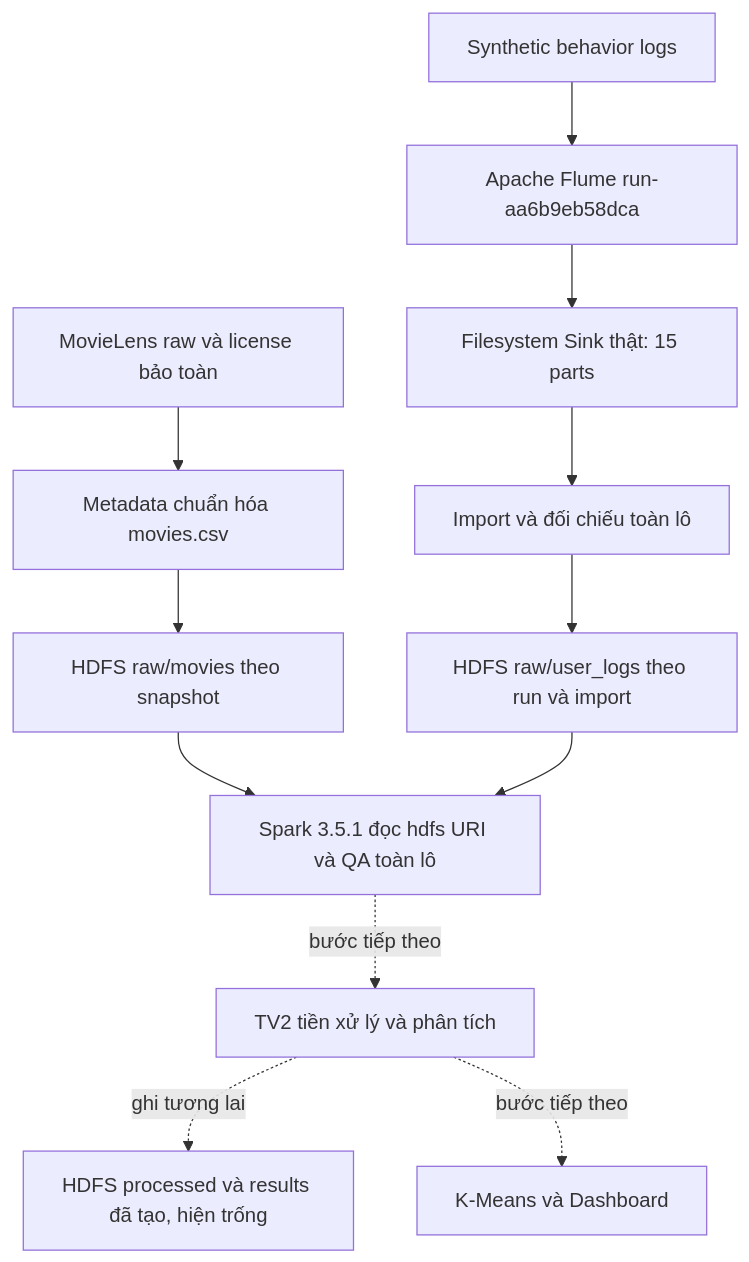
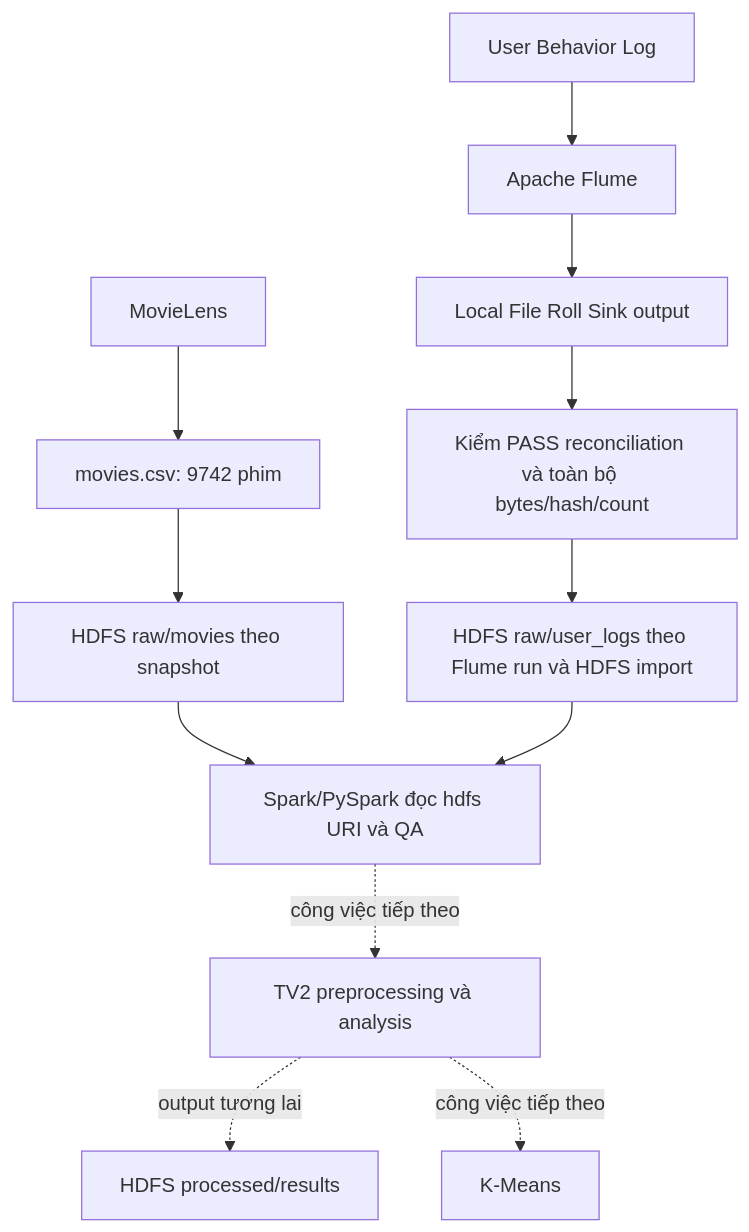
One commit to trungduc610/PhanTichDuLieuPhim-LogHanhViNguoiDung changed the diagram in docs/week2_system_architecture.md. Above: the diagram before and after it, drawn with Mermaid. The commit also changed other lines of this file and 380 other files, not shown here.

````diff
--- a/docs/week2_system_architecture.md
+++ b/docs/week2_system_architecture.md
@@ -5,14 +7,14 @@
 ```mermaid
 flowchart TD
-    M[MovieLens raw và license bảo toàn] --> N[Metadata chuẩn hóa movies.csv]
+    M[MovieLens] --> N[movies.csv: 9742 phim]
     N --> HM[HDFS raw/movies theo snapshot]
-    G[Synthetic behavior logs] --> F[Apache Flume run-aa6b9eb58dca]
-    F --> S[Filesystem Sink thật: 15 parts]
-    S --> U[Import và đối chiếu toàn lô]
-    U --> HL[HDFS raw/user_logs theo run và import]
-    HM --> Q[Spark 3.5.1 đọc hdfs URI và QA toàn lô]
+    G[User Behavior Log] --> F[Apache Flume]
+    F --> S[Local File Roll Sink output]
+    S --> V[Kiểm PASS reconciliation và toàn bộ bytes/hash/count]
+    V --> HL[HDFS raw/user_logs theo Flume run và HDFS import]
+    HM --> Q[Spark/PySpark đọc hdfs URI và QA]
     HL --> Q
-    Q -. bước tiếp theo .-> P[TV2 tiền xử lý và phân tích]
-    P -. ghi tương lai .-> O[HDFS processed và results đã tạo, hiện trống]
-    P -. bước tiếp theo .-> K[K-Means và Dashboard]
+    Q -. công việc tiếp theo .-> P[TV2 preprocessing và analysis]
+    P -. output tương lai .-> O[HDFS processed/results]
+    P -. công việc tiếp theo .-> K[K-Means]
 ```
````
